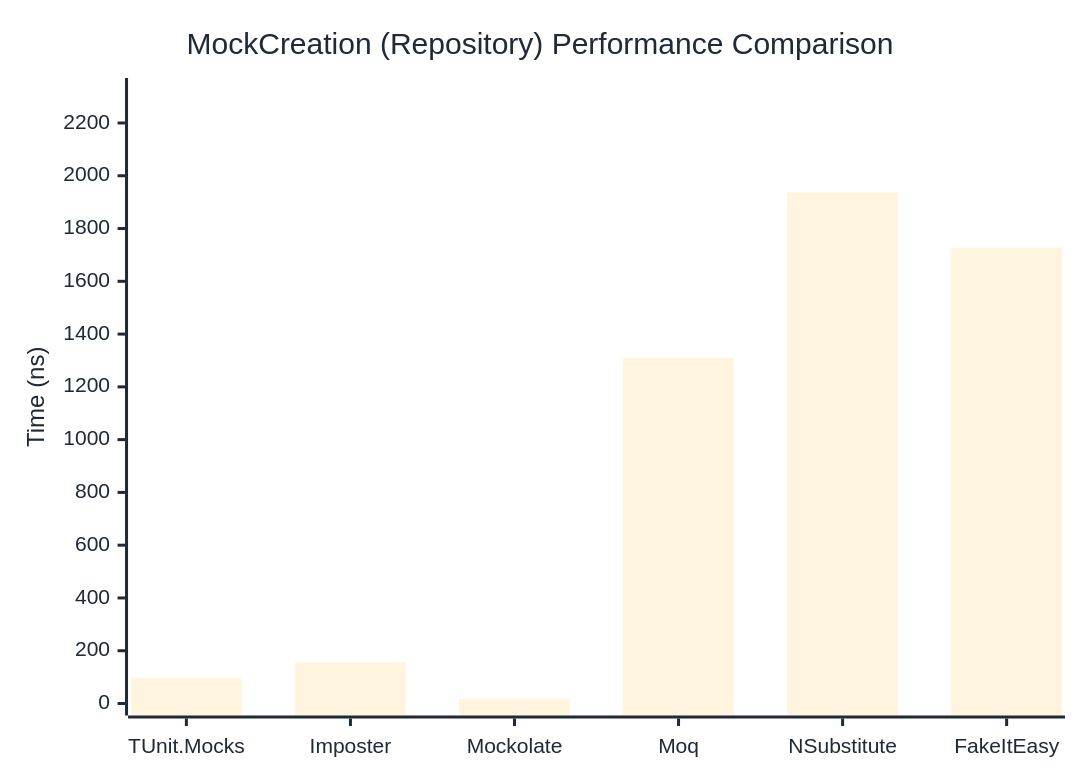
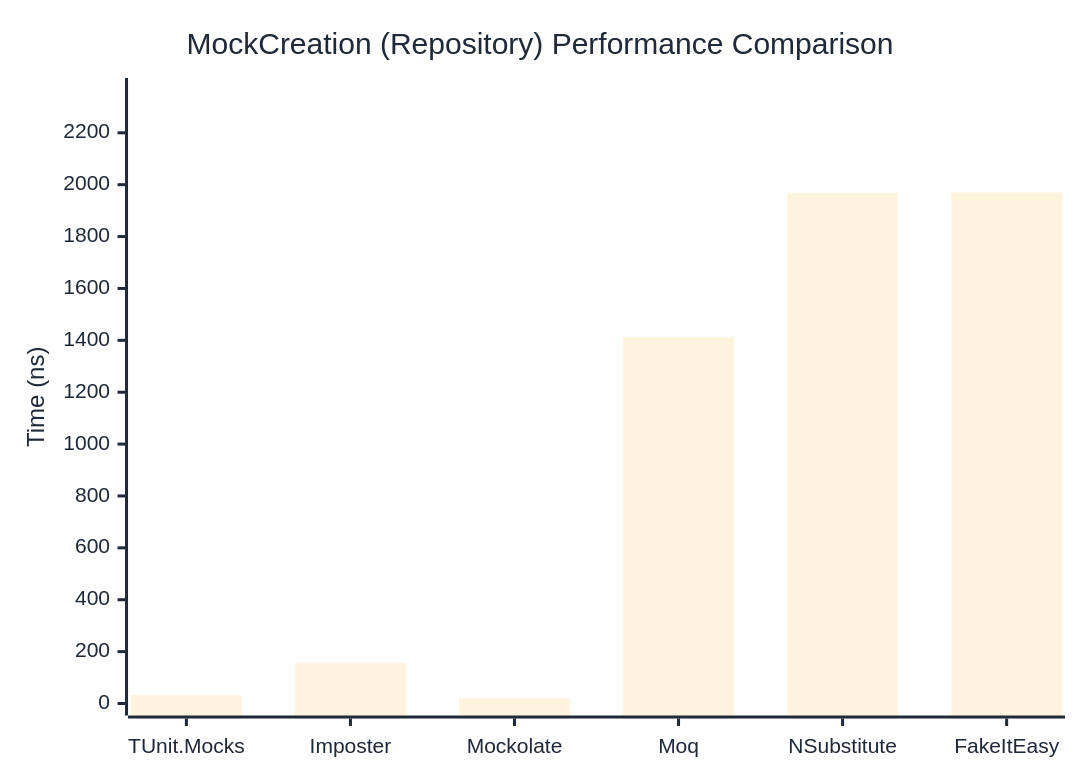
The second of 2 diagrams in docs/docs/benchmarks/mocks/MockCreation.md (thomhurst/TUnit), drawn with Mermaid before and after one commit. The commit also changed other lines of this file and 14 other files, not shown here.

````diff
--- a/docs/docs/benchmarks/mocks/MockCreation.md
+++ b/docs/docs/benchmarks/mocks/MockCreation.md
@@ -71,27 +71,27 @@
 ```mermaid
 %%{init: {
   'theme':'base',
   'themeVariables': {
     'primaryColor': '#2563eb',
     'primaryTextColor': '#1f2937',
     'primaryBorderColor': '#1e40af',
     'lineColor': '#6b7280',
     'secondaryColor': '#7c3aed',
     'tertiaryColor': '#dc2626',
     'background': '#ffffff',
     'pie1': '#2563eb',
     'pie2': '#7c3aed',
     'pie3': '#dc2626',
     'pie4': '#f59e0b',
     'pie5': '#10b981',
     'pie6': '#06b6d4',
     'pie7': '#ec4899',
     'pie8': '#6366f1'
   }
 }}%%
 xychart-beta
   title "MockCreation (Repository) Performance Comparison"
   x-axis ["TUnit.Mocks", "Imposter", "Mockolate", "Moq", "NSubstitute", "FakeItEasy"]
-  y-axis "Time (ns)" 0 --> 2325
-  bar [95.78, 155.49, 17.76, 1309.32, 1936.82, 1727.69]
+  y-axis "Time (ns)" 0 --> 2365
+  bar [31.89, 156.8, 20.22, 1411.97, 1968.82, 1970.15]
 ```
````
